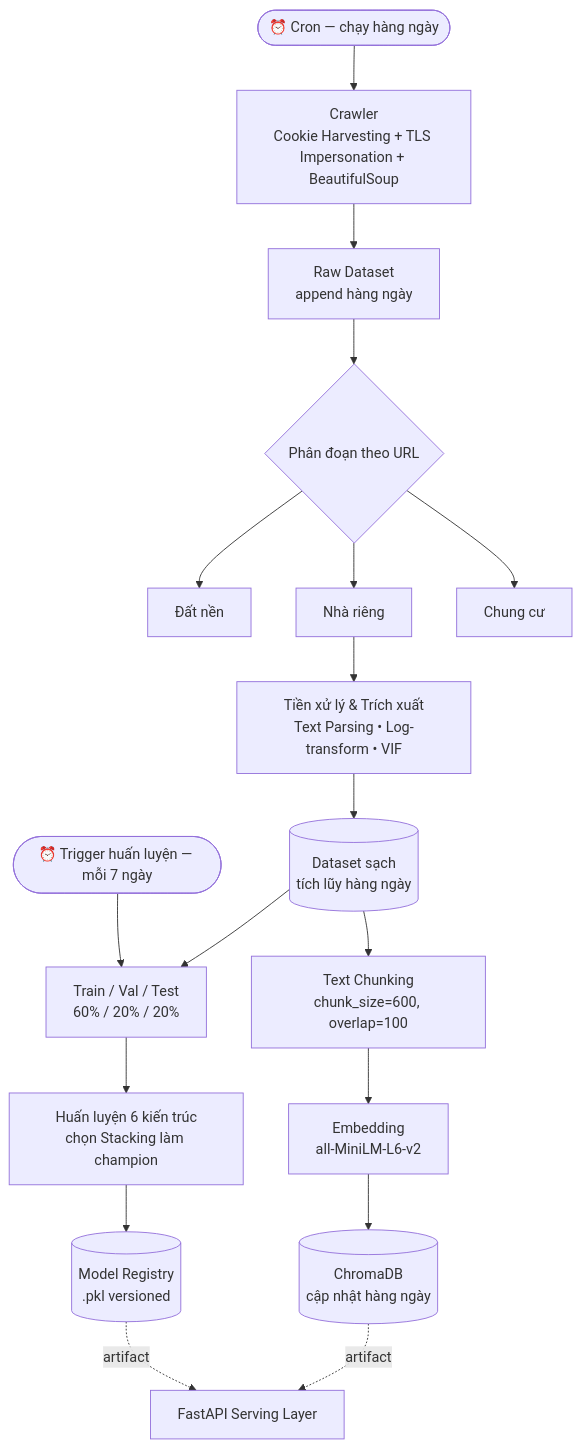
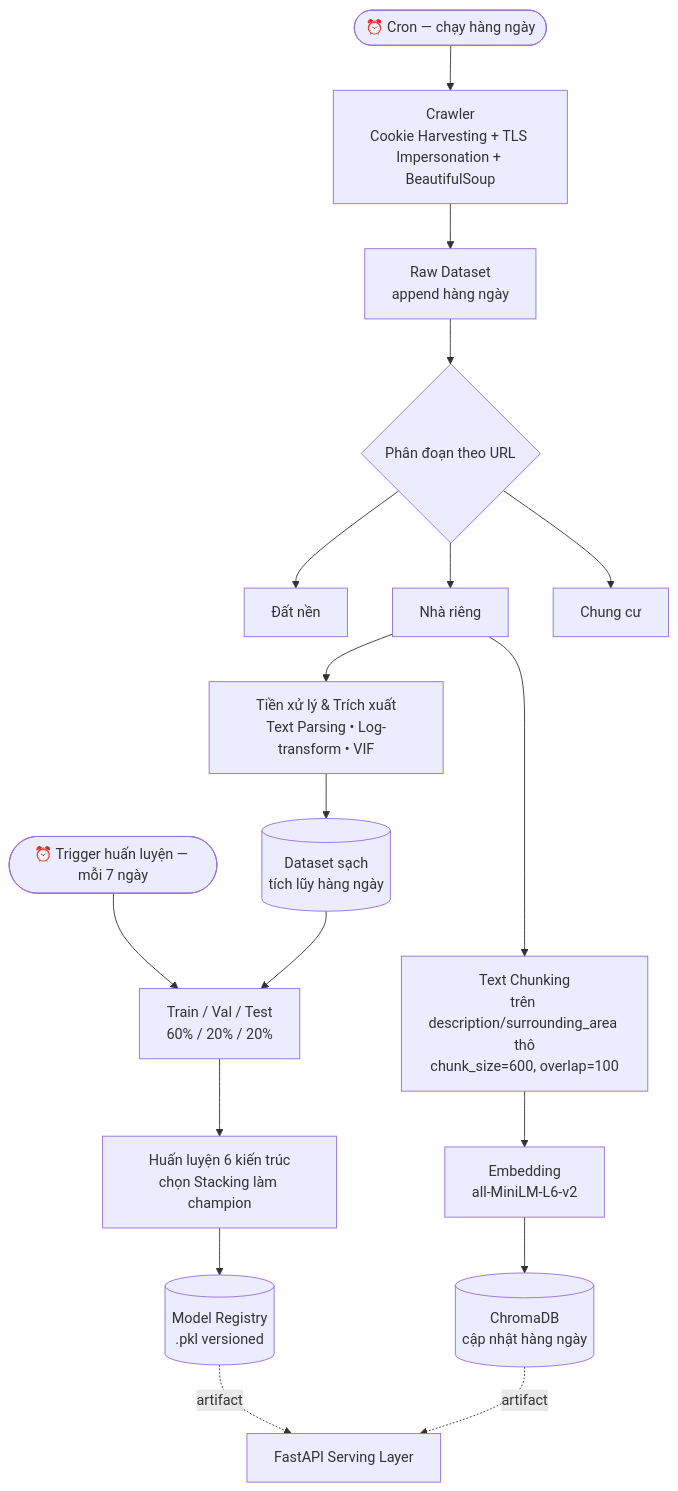
Before and after one commit to nguyentranhuynhchi/aura-realestate: the first of 2 diagrams in README.md, drawn with Mermaid. The commit also changed other lines of this file, not shown here.

````diff
--- a/README.md
+++ b/README.md
@@ -30,28 +30,28 @@
 ```mermaid
 flowchart TD
     SCHED_D(["⏰ Cron — chạy hàng ngày"])
     SCHED_W(["⏰ Trigger huấn luyện — mỗi 7 ngày"])
-
+ 
     SCHED_D --> A[Crawler<br/>Cookie Harvesting + TLS Impersonation + BeautifulSoup]
     A --> B[Raw Dataset<br/>append hàng ngày]
-
+ 
     B --> C{Phân đoạn theo URL}
     C --> C1[Đất nền]
     C --> C2[Nhà riêng]
     C --> C3[Chung cư]
-
+ 
     C2 --> D[Tiền xử lý & Trích xuất<br/>Text Parsing • Log-transform • VIF]
     D --> E[(Dataset sạch<br/>tích lũy hàng ngày)]
-
-    E --> I[Text Chunking<br/>chunk_size=600, overlap=100]
+ 
+    C2 --> I[Text Chunking<br/>trên description/surrounding_area thô<br/>chunk_size=600, overlap=100]
     I --> J[Embedding<br/>all-MiniLM-L6-v2]
     J --> K[(ChromaDB<br/>cập nhật hàng ngày)]
-
+ 
     SCHED_W --> F
     E --> F[Train / Val / Test<br/>60% / 20% / 20%]
     F --> G[Huấn luyện 6 kiến trúc<br/>chọn Stacking làm champion]
     G --> H[(Model Registry<br/>.pkl versioned)]
-
+ 
     H -.artifact.-> M[FastAPI Serving Layer]
     K -.artifact.-> M
 ```
````
